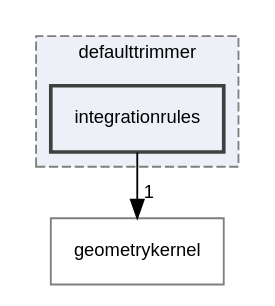
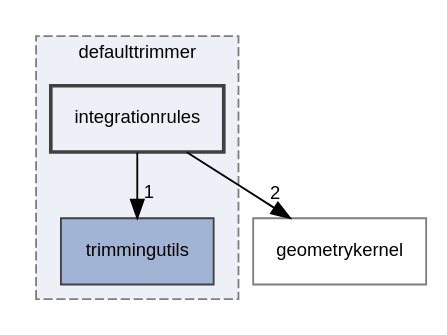
Before and after one commit to rath3t/dune-iga-doc: the diagram in dir_7ed5cc8732fbacc6a192622dcae82fb8_dep.dot, drawn with Graphviz. The commit also changed 66 other files, not shown here.

```diff
--- a/dir_7ed5cc8732fbacc6a192622dcae82fb8_dep.dot
+++ b/dir_7ed5cc8732fbacc6a192622dcae82fb8_dep.dot
@@ -1,13 +1,15 @@
 digraph "integrationrules"
 {
  // LATEX_PDF_SIZE
   edge [fontname="Helvetica",fontsize="10",labelfontname="Helvetica",labelfontsize="10"];
   node [fontname="Helvetica",fontsize="10",shape=record];
   compound=true
   subgraph clusterdir_265321845ed2650d675b22a94b62262d {
     graph [ bgcolor="#edf0f7", pencolor="grey50", style="filled,dashed,", label="defaulttrimmer", fontname="Helvetica", fontsize="10", URL="dir_265321845ed2650d675b22a94b62262d.html"]
+  dir_75403dd546d989c4e56d84af3932dae7 [shape=box, label="trimmingutils", style="filled,", fillcolor="#a2b4d6", color="grey25", URL="dir_75403dd546d989c4e56d84af3932dae7.html"];
   dir_7ed5cc8732fbacc6a192622dcae82fb8 [shape=box, label="integrationrules", style="filled,bold,", fillcolor="#edf0f7", color="grey25", URL="dir_7ed5cc8732fbacc6a192622dcae82fb8.html"];
   }
   dir_98571e7345f7327fea7723ec1a12d870 [shape=box, label="geometrykernel", style="", fillcolor="#edf0f7", color="grey50", URL="dir_98571e7345f7327fea7723ec1a12d870.html"];
-  dir_7ed5cc8732fbacc6a192622dcae82fb8->dir_98571e7345f7327fea7723ec1a12d870 [headlabel="1", labeldistance=1.5 headhref="dir_000013_000006.html"];
+  dir_7ed5cc8732fbacc6a192622dcae82fb8->dir_75403dd546d989c4e56d84af3932dae7 [headlabel="1", labeldistance=1.5 headhref="dir_000013_000022.html"];
+  dir_7ed5cc8732fbacc6a192622dcae82fb8->dir_98571e7345f7327fea7723ec1a12d870 [headlabel="2", labeldistance=1.5 headhref="dir_000013_000006.html"];
 }
```
